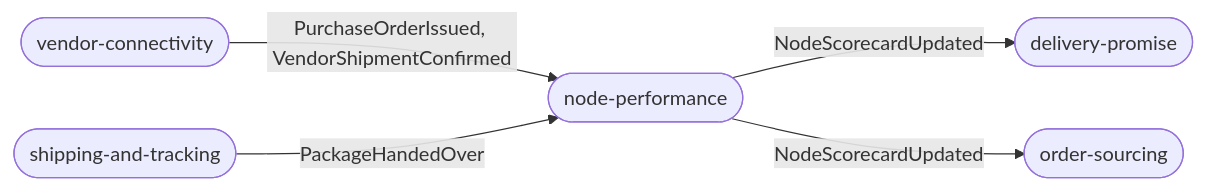
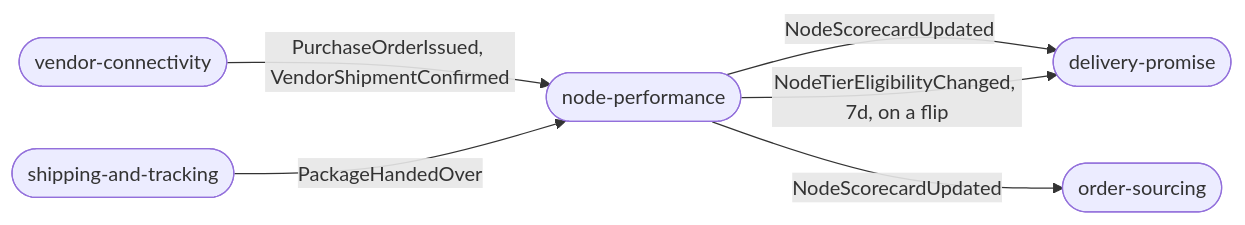
One commit to IQVO/node-performance changed the first of 5 diagrams in docs/docs/ddd/domain-message-flow.md. Above: the diagram before and after it, drawn with Mermaid. The commit also changed other lines of this file and 12 other files, not shown here.

````diff
--- a/docs/docs/ddd/domain-message-flow.md
+++ b/docs/docs/ddd/domain-message-flow.md
@@ -17,12 +17,13 @@
 ```mermaid
 flowchart LR
     VC(["vendor-connectivity"])
     ST(["shipping-and-tracking"])
     NP(["node-performance"])
     DP(["delivery-promise"])
     OS(["order-sourcing"])
     VC -->|"PurchaseOrderIssued, VendorShipmentConfirmed"| NP
     ST -->|"PackageHandedOver"| NP
     NP -->|"NodeScorecardUpdated"| DP
     NP -->|"NodeScorecardUpdated"| OS
+    NP -->|"NodeTierEligibilityChanged, 7d, on a flip"| DP
 ```
````
